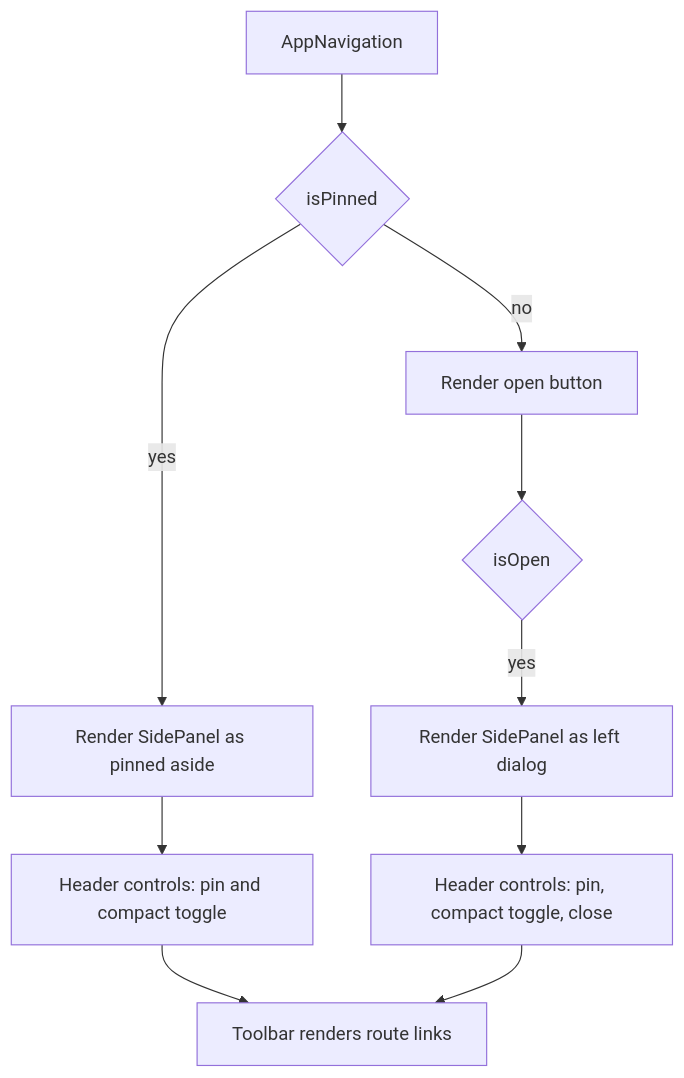
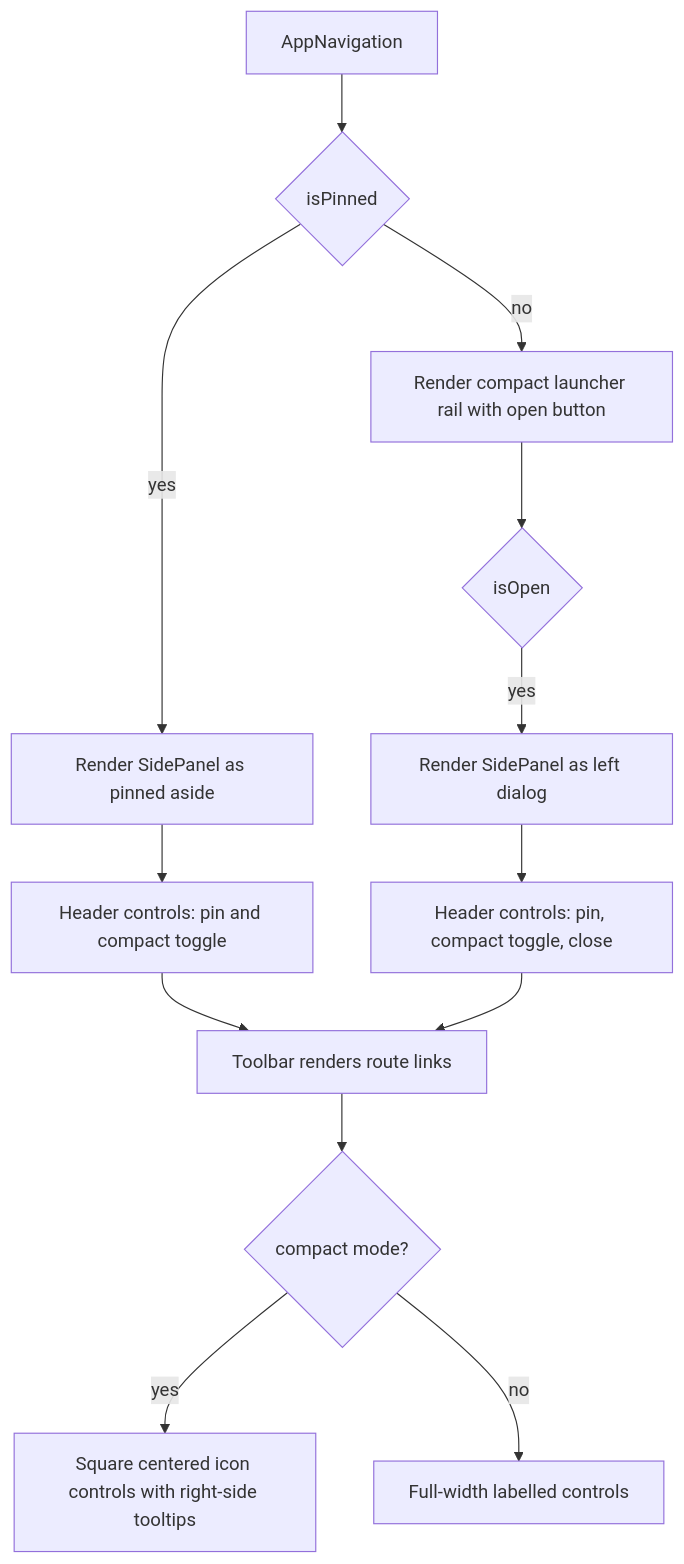
Before and after one commit to luciocabrera/lcabrera-stack: the second of 2 diagrams in apps/react-router/src/components/AppNavigation/ARCHITECTURE.md, drawn with Mermaid. The commit also changed other lines of this file and 20 other files, not shown here.

Commit message:
feat: implement compact mode for AppNavigation and Toolbar components with icon-only controls and tooltips

````diff
--- a/apps/react-router/src/components/AppNavigation/ARCHITECTURE.md
+++ b/apps/react-router/src/components/AppNavigation/ARCHITECTURE.md
@@ -31,12 +31,15 @@
 ```mermaid
 graph TD
   A[AppNavigation] --> B{isPinned}
   B -->|yes| C[Render SidePanel as pinned aside]
-  B -->|no| D[Render open button]
+  B -->|no| D[Render compact launcher rail with open button]
   D --> E{isOpen}
   E -->|yes| F[Render SidePanel as left dialog]
   C --> G[Header controls: pin and compact toggle]
   F --> H[Header controls: pin, compact toggle, close]
   G --> I[Toolbar renders route links]
   H --> I
+  I --> J{compact mode?}
+  J -->|yes| K[Square centered icon controls with right-side tooltips]
+  J -->|no| L[Full-width labelled controls]
 ```
````
